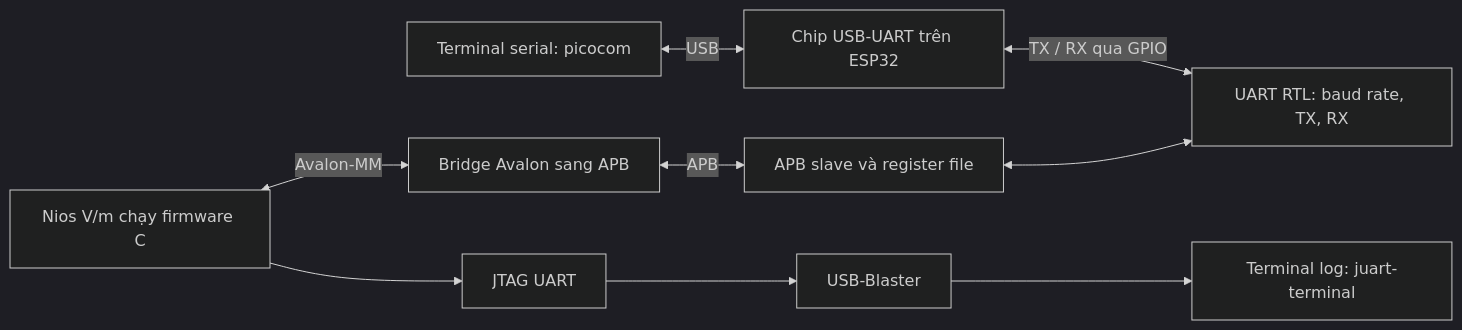
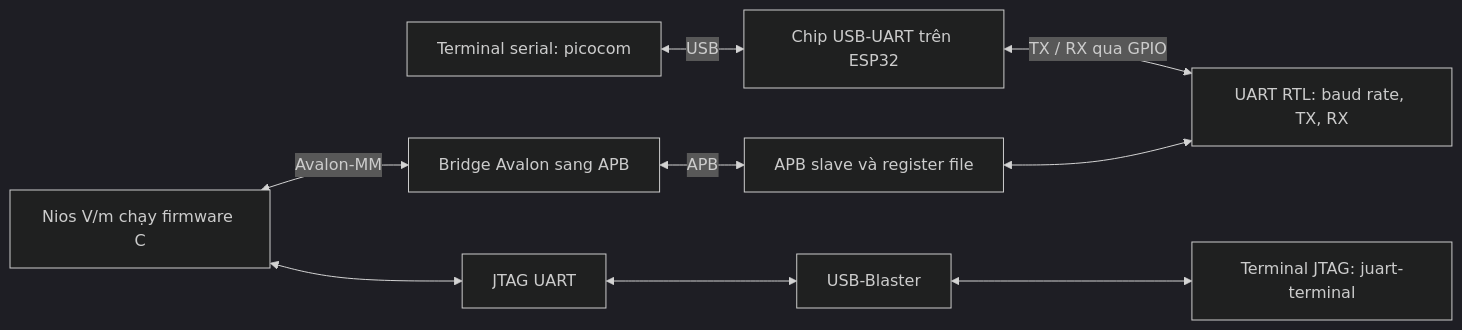
One commit to trankien2408/UART changed the diagram in README.md. Above: the diagram before and after it, drawn with Mermaid (dark theme). The commit also changed other lines of this file and 27 other files, not shown here.

````diff
--- a/README.md
+++ b/README.md
@@ -17,11 +18,11 @@
 ```mermaid
 flowchart LR
     PC[Terminal serial: picocom] <-->|USB| USB[Chip USB-UART trên ESP32]
     USB <-->|TX / RX qua GPIO| UART[UART RTL: baud rate, TX, RX]
     CPU[Nios V/m chạy firmware C] <-->|Avalon-MM| BR[Bridge Avalon sang APB]
     BR <-->|APB| REG[APB slave và register file]
     REG <--> UART
-    CPU --> JU[JTAG UART]
-    JU --> BL[USB-Blaster]
-    BL --> LOG[Terminal log: juart-terminal]
+    CPU <--> JU[JTAG UART]
+    JU <--> BL[USB-Blaster]
+    BL <--> LOG[Terminal JTAG: juart-terminal]
 ```
````
